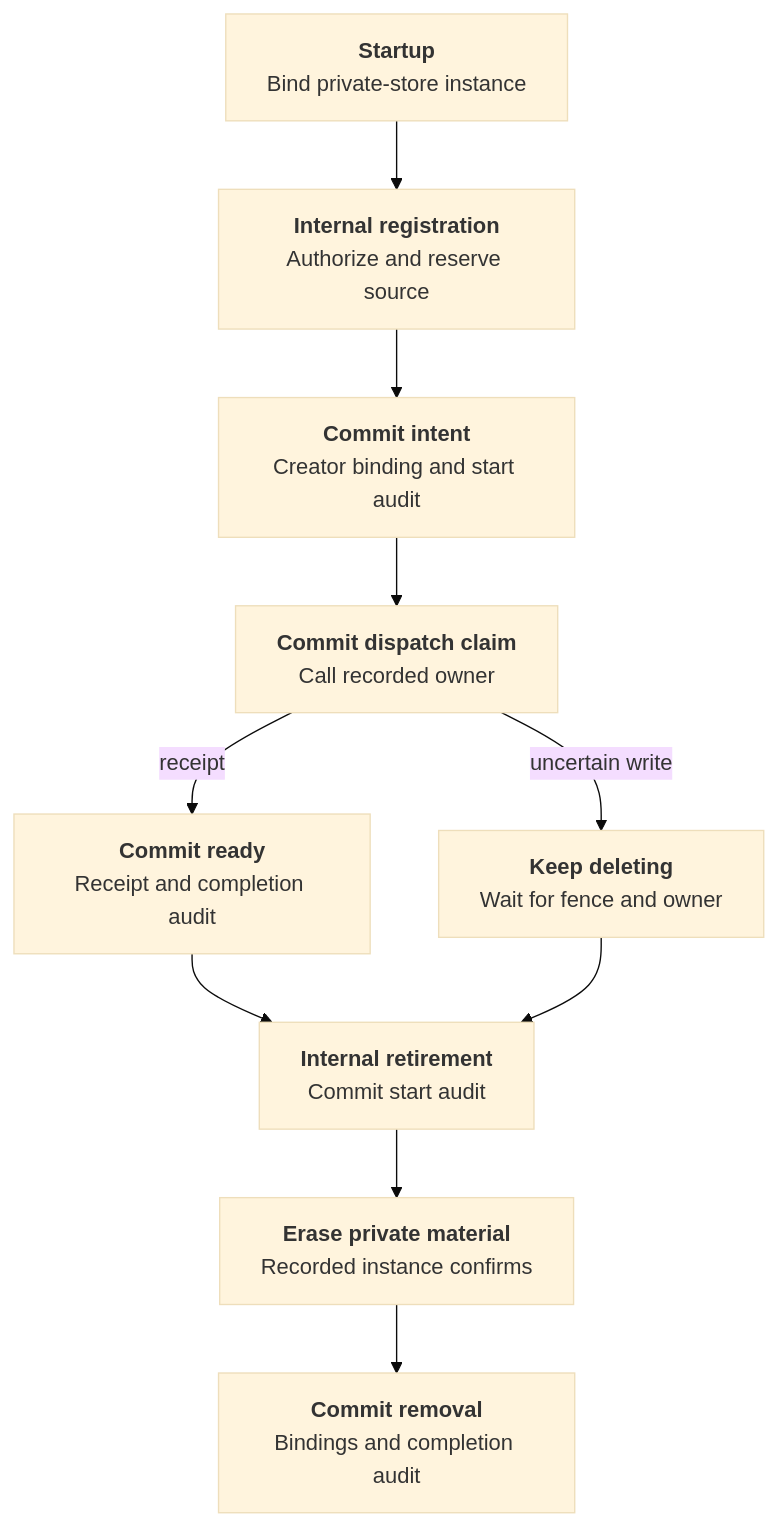
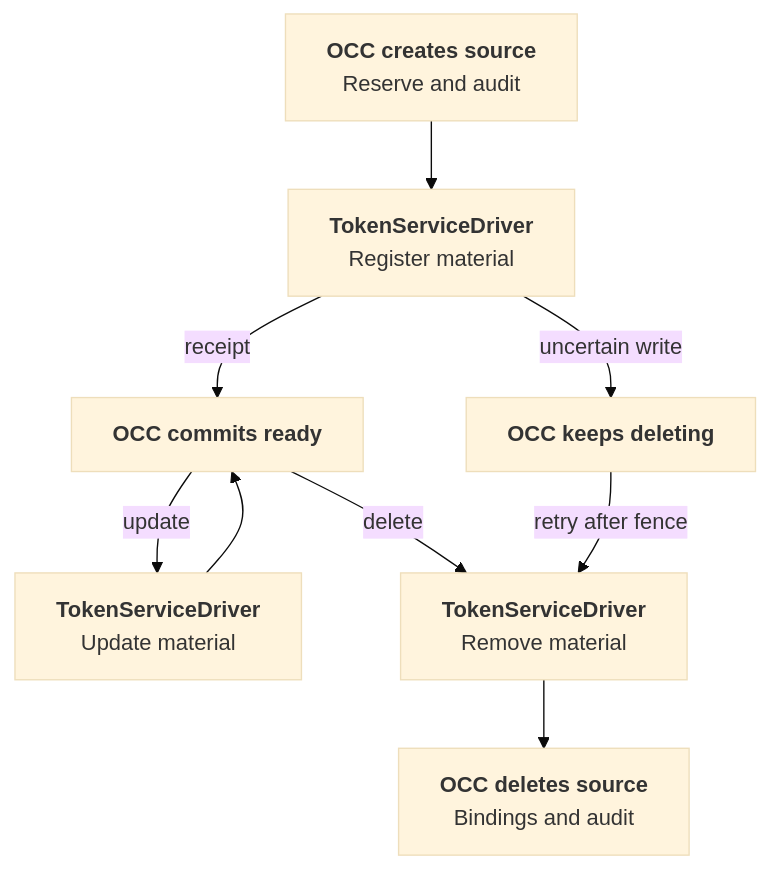
The diagram in docs/flows/token-service-static-custody.md (openclaw/openclaw-enterprise), drawn with Mermaid (base theme) before and after one commit. The commit also changed other lines of this file and 5 other files, not shown here.

````diff
--- a/docs/flows/token-service-static-custody.md
+++ b/docs/flows/token-service-static-custody.md
@@ -31,12 +28,11 @@
 ```mermaid
 graph TD
-  A["<b>Startup</b><br/>Bind private-store instance"] --> B["<b>Internal registration</b><br/>Authorize and reserve source"]
-  B --> C["<b>Commit intent</b><br/>Creator binding and start audit"]
-  C --> D["<b>Commit dispatch claim</b><br/>Call recorded owner"]
-  D -->|receipt| E["<b>Commit ready</b><br/>Receipt and completion audit"]
-  D -->|uncertain write| F["<b>Keep deleting</b><br/>Wait for fence and owner"]
-  E --> G["<b>Internal retirement</b><br/>Commit start audit"]
-  F --> G
-  G --> H["<b>Erase private material</b><br/>Recorded instance confirms"]
-  H --> I["<b>Commit removal</b><br/>Bindings and completion audit"]
+  A["<b>OCC creates source</b><br/>Reserve and audit"] --> B["<b>TokenServiceDriver</b><br/>Register material"]
+  B -->|receipt| C["<b>OCC commits ready</b>"]
+  B -->|uncertain write| D["<b>OCC keeps deleting</b>"]
+  C -->|update| E["<b>TokenServiceDriver</b><br/>Update material"]
+  E --> C
+  C -->|delete| F["<b>TokenServiceDriver</b><br/>Remove material"]
+  D -->|retry after fence| F
+  F --> G["<b>OCC deletes source</b><br/>Bindings and audit"]
 ```
````
